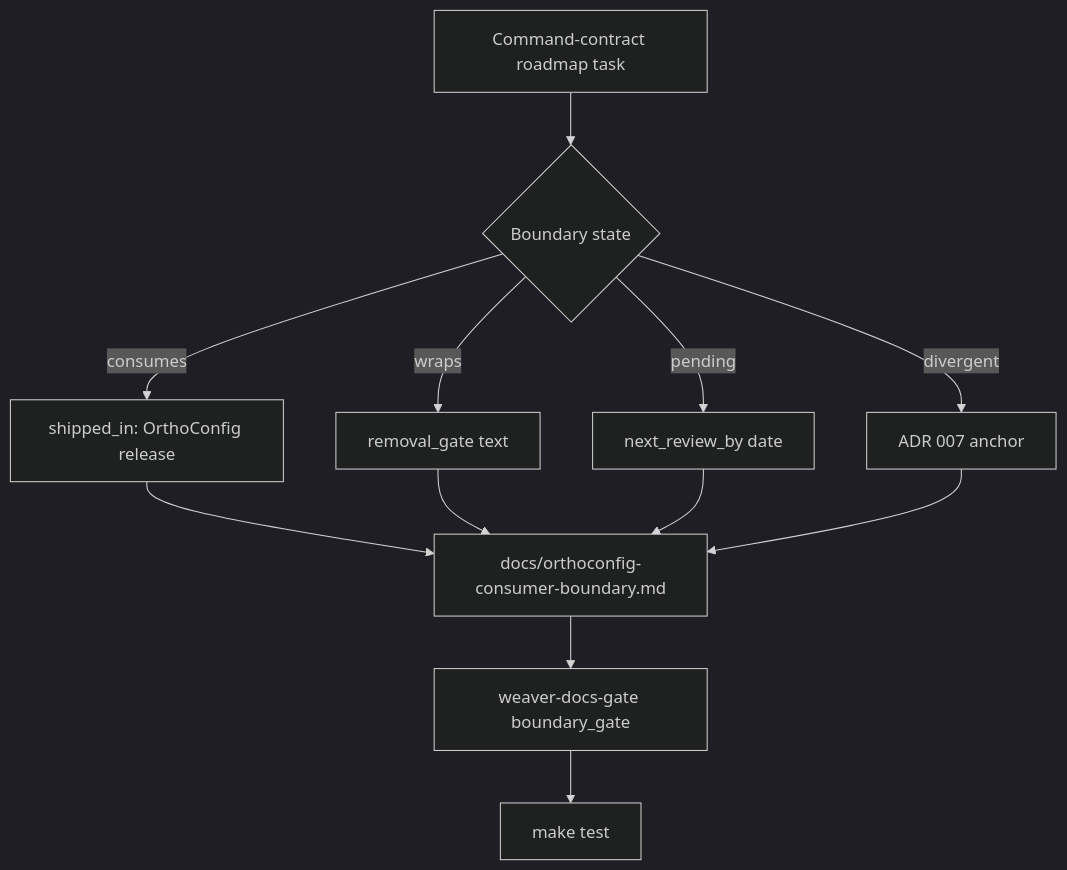
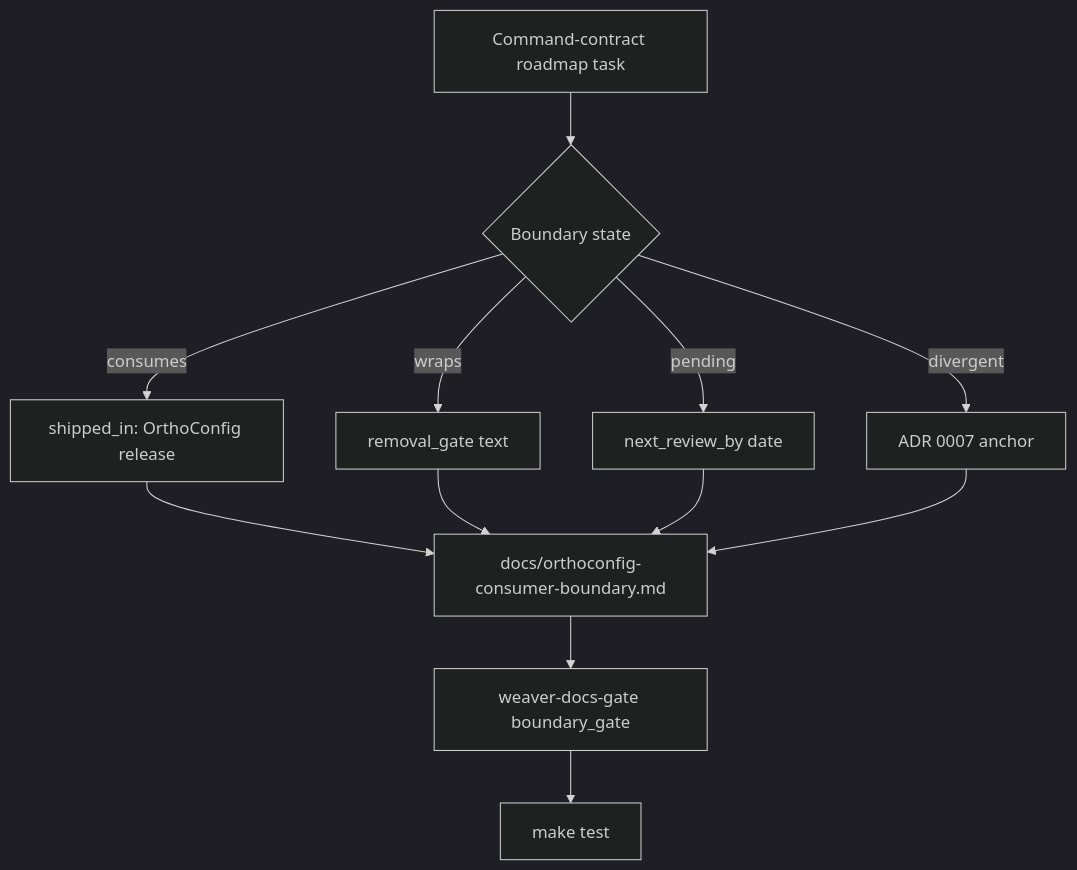
The diagram in docs/execplans/12-1-1-track-downstream-consumer-boundary.md (leynos/weaver), drawn with Mermaid (dark theme) before and after one commit. The commit also changed other lines of this file and 43 other files, not shown here.

````diff
--- a/docs/execplans/12-1-1-track-downstream-consumer-boundary.md
+++ b/docs/execplans/12-1-1-track-downstream-consumer-boundary.md
@@ -1118,15 +1118,15 @@
 ```mermaid
 flowchart TD
     Task[Command-contract roadmap task]
     Task --> Classify{Boundary state}
     Classify -- consumes --> Shipped[shipped_in: OrthoConfig release]
     Classify -- wraps --> Gate[removal_gate text]
     Classify -- pending --> Review[next_review_by date]
-    Classify -- divergent --> Anchor[ADR 007 anchor]
+    Classify -- divergent --> Anchor[ADR 0007 anchor]
     Shipped --> Matrix[docs/orthoconfig-consumer-boundary.md]
     Gate --> Matrix
     Review --> Matrix
     Anchor --> Matrix
     Matrix --> Test[weaver-docs-gate boundary_gate]
     Test --> CI[make test]
 ```
````
